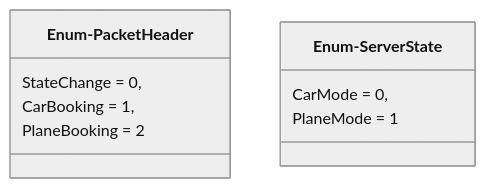
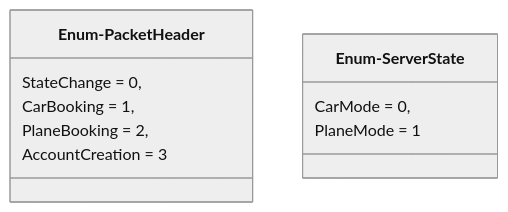
The fourth of 5 diagrams in README.md (SUP3RBOB/project4_section1_group4), drawn with Mermaid (neutral theme) before and after one commit. The commit also changed other lines of this file, not shown here.

````diff
--- a/README.md
+++ b/README.md
@@ -88,13 +99,14 @@
 ```mermaid
     classDiagram
         class Enum-PacketHeader {
             StateChange = 0,
             CarBooking = 1,
-            PlaneBooking = 2
+            PlaneBooking = 2,
+            AccountCreation = 3
         }
 
         class Enum-ServerState {
             CarMode = 0,
             PlaneMode = 1
         }
 ```
````
